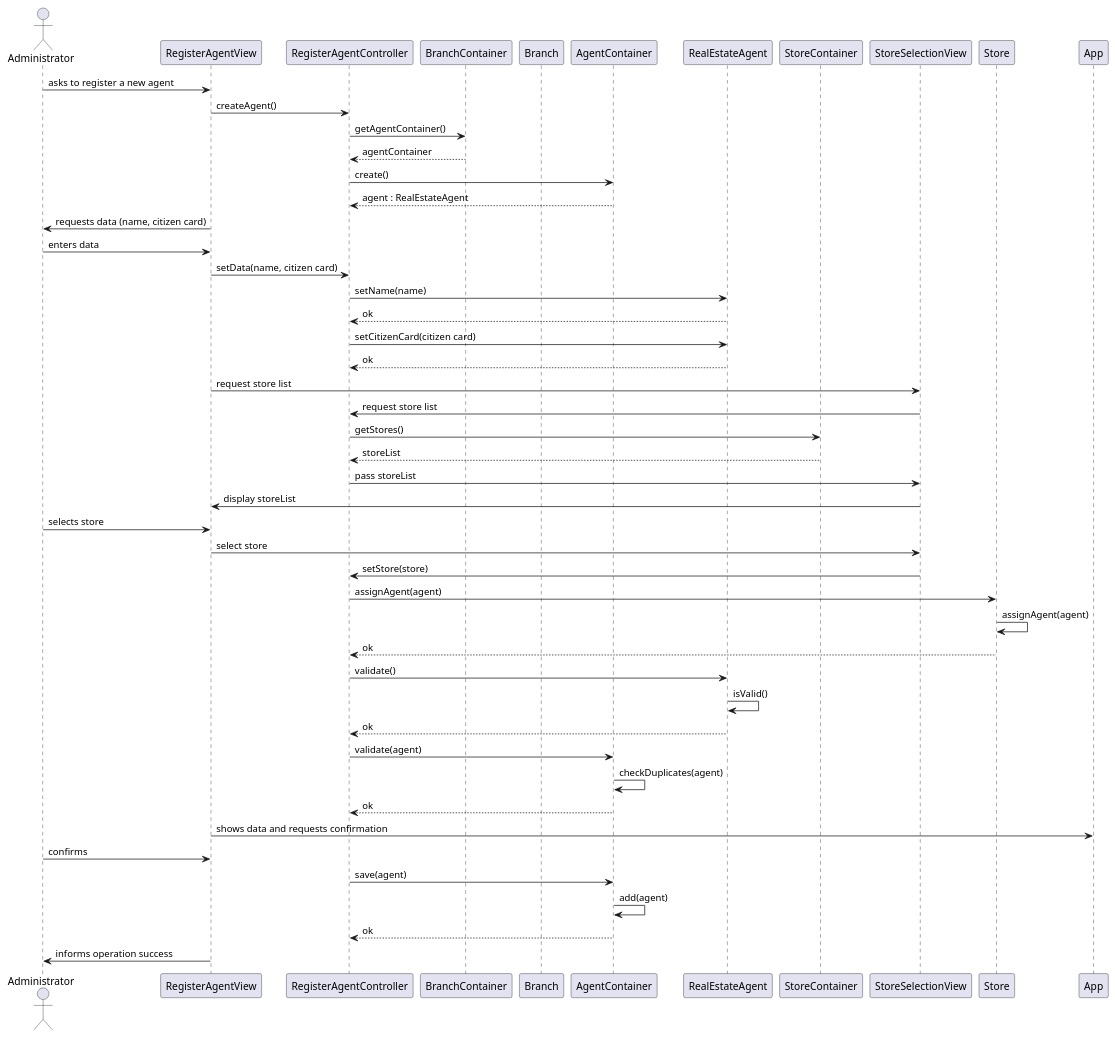
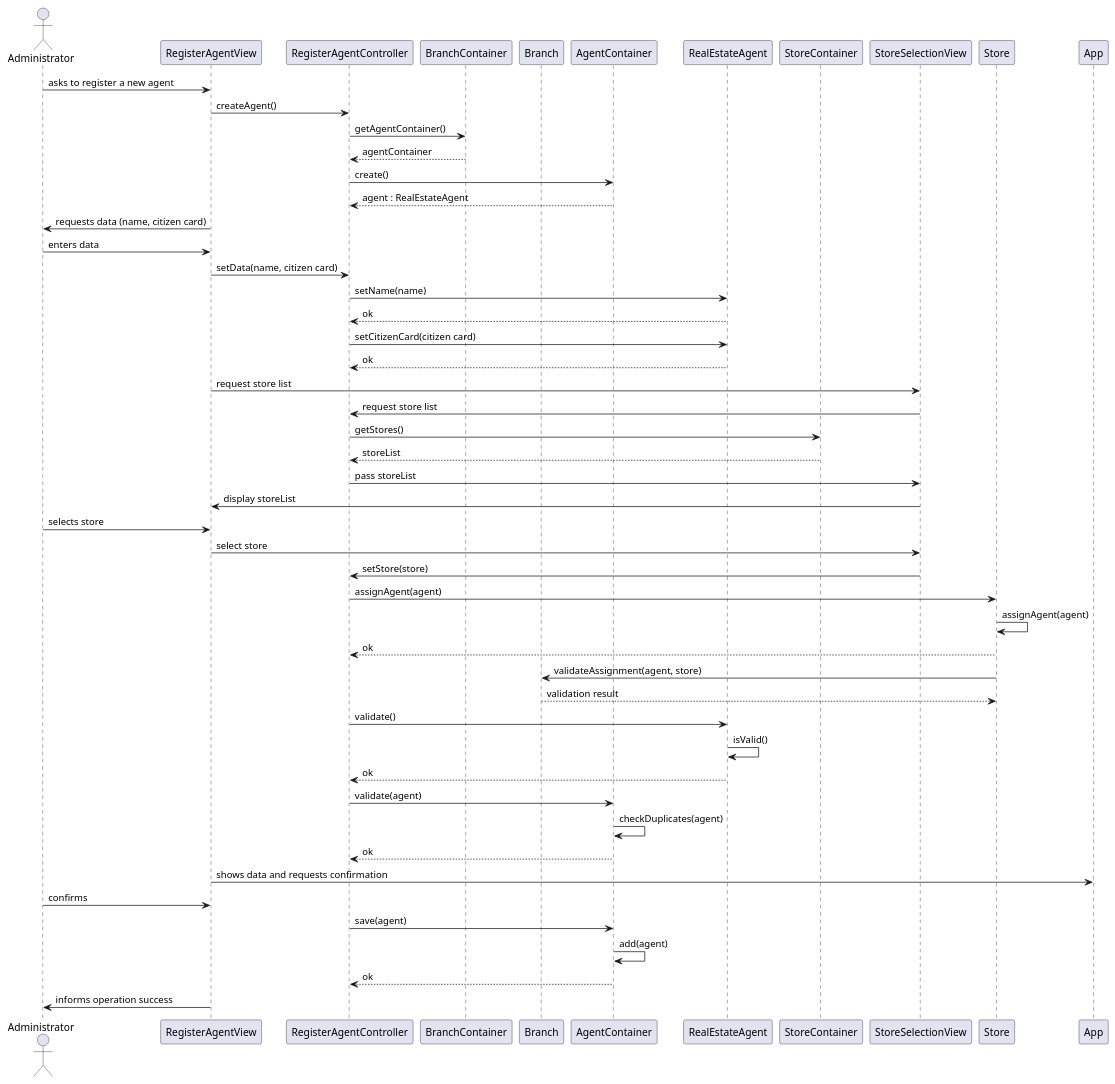
Before and after one commit to goncalomaia18/leti-esoft-24-25-A2: the diagram in docs/Sprint2/US11/US11-SD.puml, drawn with PlantUML.

```diff
--- a/docs/Sprint2/US11/US11-SD.puml
+++ b/docs/Sprint2/US11/US11-SD.puml
@@ -1,65 +1,66 @@
 @startuml
 hide circle
 skinparam classAttributeIconSize 0
 
 actor Administrator
 
 participant RegisterAgentView
 participant RegisterAgentController
 participant BranchContainer
 participant Branch
 participant AgentContainer
 participant RealEstateAgent
 participant StoreContainer
 participant StoreSelectionView
 participant Store
 
 Administrator -> RegisterAgentView : asks to register a new agent
 RegisterAgentView -> RegisterAgentController : createAgent()
 
 RegisterAgentController -> BranchContainer : getAgentContainer()
 BranchContainer --> RegisterAgentController : agentContainer
 
 RegisterAgentController -> AgentContainer : create()
 AgentContainer --> RegisterAgentController : agent : RealEstateAgent
 
 RegisterAgentView -> Administrator : requests data (name, citizen card)
 Administrator -> RegisterAgentView : enters data
 
 RegisterAgentView -> RegisterAgentController : setData(name, citizen card)
 RegisterAgentController -> RealEstateAgent : setName(name)
 RealEstateAgent --> RegisterAgentController : ok
 RegisterAgentController -> RealEstateAgent : setCitizenCard(citizen card)
 RealEstateAgent --> RegisterAgentController : ok
 
 RegisterAgentView -> StoreSelectionView : request store list
 StoreSelectionView -> RegisterAgentController : request store list
 RegisterAgentController -> StoreContainer : getStores()
 StoreContainer --> RegisterAgentController : storeList
 RegisterAgentController -> StoreSelectionView : pass storeList
 StoreSelectionView -> RegisterAgentView : display storeList
 
 Administrator -> RegisterAgentView : selects store
 RegisterAgentView -> StoreSelectionView : select store
 StoreSelectionView -> RegisterAgentController : setStore(store)
 RegisterAgentController -> Store : assignAgent(agent)
 Store -> Store : assignAgent(agent)
 Store --> RegisterAgentController : ok
-
+Store -> Branch : validateAssignment(agent, store)
+Branch --> Store : validation result
 RegisterAgentController -> RealEstateAgent : validate()
 RealEstateAgent -> RealEstateAgent : isValid()
 RealEstateAgent --> RegisterAgentController : ok
 
 RegisterAgentController -> AgentContainer : validate(agent)
 AgentContainer -> AgentContainer : checkDuplicates(agent)
 AgentContainer --> RegisterAgentController : ok
 
 RegisterAgentView -> App : shows data and requests confirmation
 Administrator -> RegisterAgentView : confirms
 
 RegisterAgentController -> AgentContainer : save(agent)
 AgentContainer -> AgentContainer : add(agent)
 AgentContainer --> RegisterAgentController : ok
 
 RegisterAgentView -> Administrator : informs operation success
 @enduml
```
